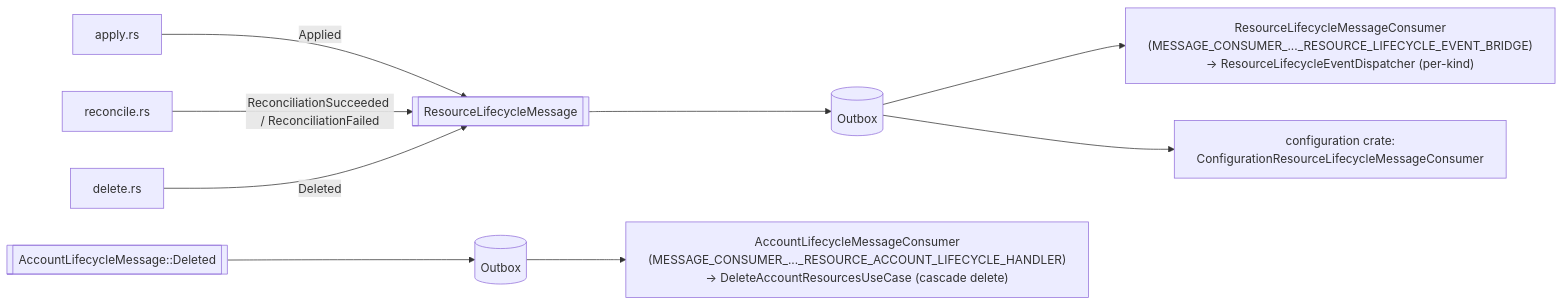
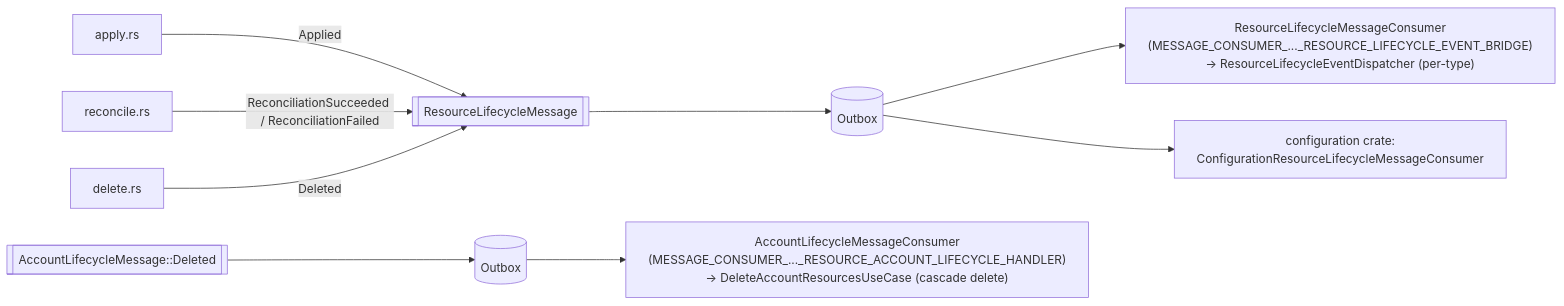
Before and after one commit to kamu-data/kamu-cli: the fifth of 7 diagrams in docs/internal/resources-framework.md, drawn with Mermaid. The commit also changed other lines of this file and 108 other files, not shown here.

Commit message:
Adopting ODF TypeName + introduced selector new types + cleanups of old "kind" terminology

````diff
--- a/docs/internal/resources-framework.md
+++ b/docs/internal/resources-framework.md
@@ -857,14 +860,14 @@
 ```mermaid
 flowchart LR
     APPLY["apply.rs"] -->|Applied| MSG[["ResourceLifecycleMessage"]]
     REC["reconcile.rs"] -->|ReconciliationSucceeded / ReconciliationFailed| MSG
     DEL["delete.rs"] -->|Deleted| MSG
 
     MSG --> OB[("Outbox")]
 
-    OB --> BRIDGE["ResourceLifecycleMessageConsumer<br/>(MESSAGE_CONSUMER_..._RESOURCE_LIFECYCLE_EVENT_BRIDGE)<br/>→ ResourceLifecycleEventDispatcher (per-kind)"]
+    OB --> BRIDGE["ResourceLifecycleMessageConsumer<br/>(MESSAGE_CONSUMER_..._RESOURCE_LIFECYCLE_EVENT_BRIDGE)<br/>→ ResourceLifecycleEventDispatcher (per-type)"]
     OB --> CFG["configuration crate:<br/>ConfigurationResourceLifecycleMessageConsumer"]
 
     ACC[["AccountLifecycleMessage::Deleted"]] --> OB2[("Outbox")]
     OB2 --> ACCH["AccountLifecycleMessageConsumer<br/>(MESSAGE_CONSUMER_..._RESOURCE_ACCOUNT_LIFECYCLE_HANDLER)<br/>→ DeleteAccountResourcesUseCase (cascade delete)"]
 ```
````
